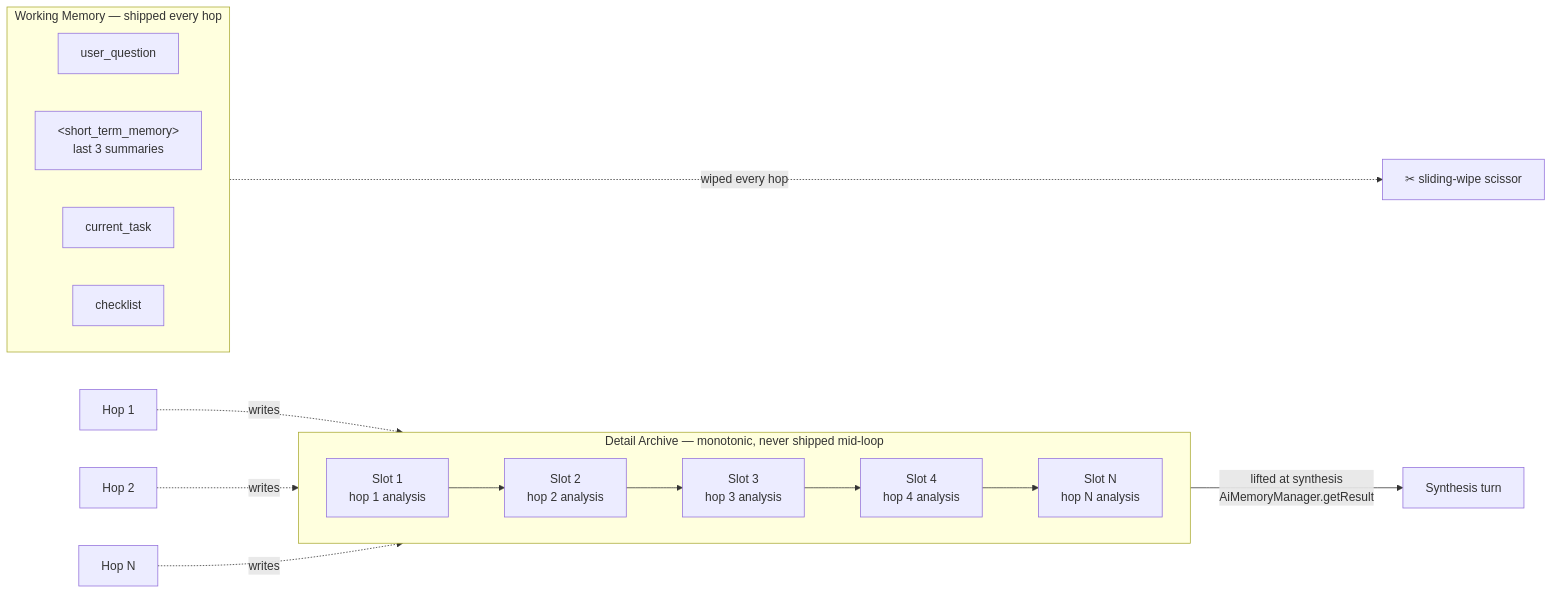
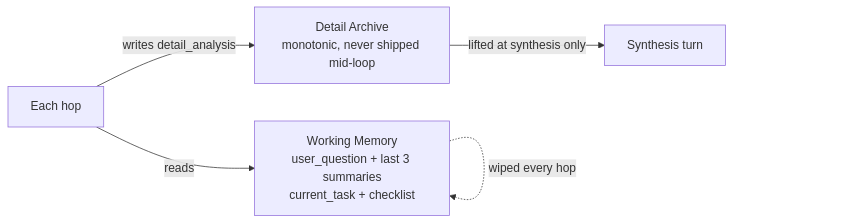
Before and after one commit to ChrisDevRepo/vscode_data_lineage: the fourth of 10 diagrams in docs/AI_ARCHITECTURE.md, drawn with Mermaid. The commit also changed other lines of this file and 1 other file, not shown here.

First line of the commit message:
docs: add Mermaid diagrams, TOCs, glossary; dedupe cross-file prose

````diff
--- a/docs/AI_ARCHITECTURE.md
+++ b/docs/AI_ARCHITECTURE.md
@@ -281,24 +221,7 @@
 ```mermaid
 flowchart LR
-    subgraph DA[Detail Archive — monotonic, never shipped mid-loop]
-        direction LR
-        S1[Slot 1<br/>hop 1 analysis]
-        S2[Slot 2<br/>hop 2 analysis]
-        S3[Slot 3<br/>hop 3 analysis]
-        S4[Slot 4<br/>hop 4 analysis]
-        SN[Slot N<br/>hop N analysis]
-        S1 --> S2 --> S3 --> S4 --> SN
-    end
-    subgraph WM[Working Memory — shipped every hop]
-        direction LR
-        W1[user_question]
-        W2["&lt;short_term_memory&gt;<br/>last 3 summaries"]
-        W3[current_task]
-        W4[checklist]
-    end
-    H1[Hop 1] -.writes.-> S1
-    H2[Hop 2] -.writes.-> S2
-    HN[Hop N] -.writes.-> SN
-    WM -..->|wiped every hop| CUT[✂ sliding-wipe scissor]
-    DA -->|lifted at synthesis<br/>AiMemoryManager.getResult| SYN[Synthesis turn]
+    HOP[Each hop] -->|writes detail_analysis| DA[Detail Archive<br/>monotonic, never shipped mid-loop]
+    HOP -->|reads| WM[Working Memory<br/>user_question + last 3 summaries<br/>current_task + checklist]
+    WM -.wiped every hop.-> WM
+    DA -->|lifted at synthesis only| SYN[Synthesis turn]
 ```
````
